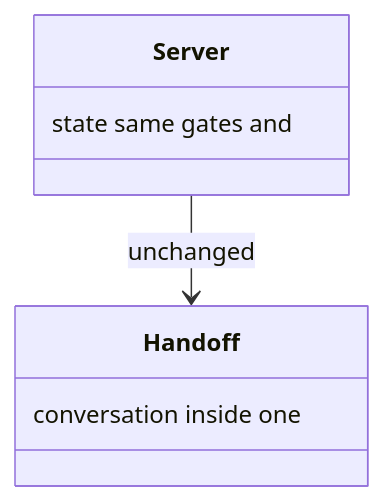
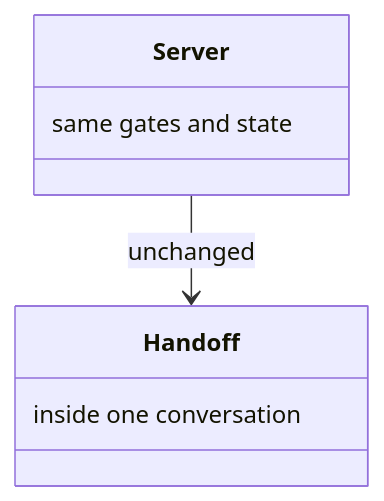
Diagram 18 of 18 in docs/dispatch.md (m2ux/workflow-server), drawn with Mermaid before and after one commit. The commit also changed other lines of this file and 10 other files, not shown here.

Commit message:
Write each class-box note in reading order so the diagram shows the phrase as written.

````diff
--- a/docs/dispatch.md
+++ b/docs/dispatch.md
@@ -295,10 +295,10 @@
 ```mermaid
 classDiagram
   class Server {
-    state same gates and
+    same gates and state
   }
   class Handoff {
-    conversation inside one
+    inside one conversation
   }
   Server --> Handoff : unchanged
 ```
````
